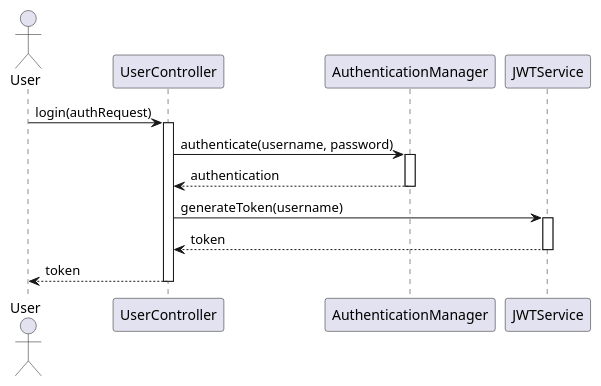
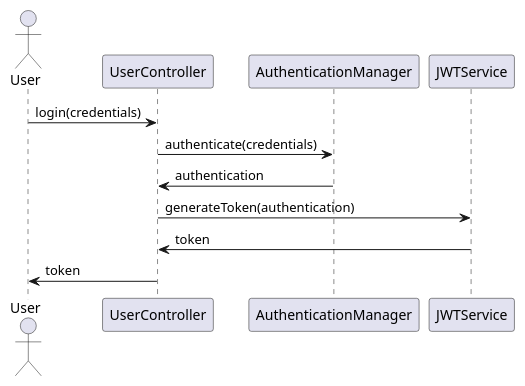
The second of 4 diagrams in identityprovider/documentation/detaileddesign.adoc (Dinesh-s95/AutoDoc.ai), drawn with PlantUML before and after one commit. The commit also changed other lines of this file and 7 other files, not shown here.

```diff
--- a/identityprovider/documentation/detaileddesign.adoc
+++ b/identityprovider/documentation/detaileddesign.adoc
@@ -207,22 +156,16 @@
 [plantuml, authentication-sequence, png]
 ----
 @startuml
-actor User
-participant UserController
-participant AuthenticationManager
-participant JWTService
+actor "User" as user
+participant "UserController" as controller
+participant "AuthenticationManager" as authManager
+participant "JWTService" as jwtService
 
-User -> UserController : login(authRequest)
-activate UserController
-UserController -> AuthenticationManager : authenticate(username, password)
-activate AuthenticationManager
-AuthenticationManager --> UserController : authentication
-deactivate AuthenticationManager
-UserController -> JWTService : generateToken(username)
-activate JWTService
-JWTService --> UserController : token
-deactivate JWTService
-UserController --> User : token
-deactivate UserController
+user -> controller : login(credentials)
+controller -> authManager : authenticate(credentials)
+authManager -> controller : authentication
+controller -> jwtService : generateToken(authentication)
+jwtService -> controller : token
+controller -> user : token
 @enduml
 ----
```
